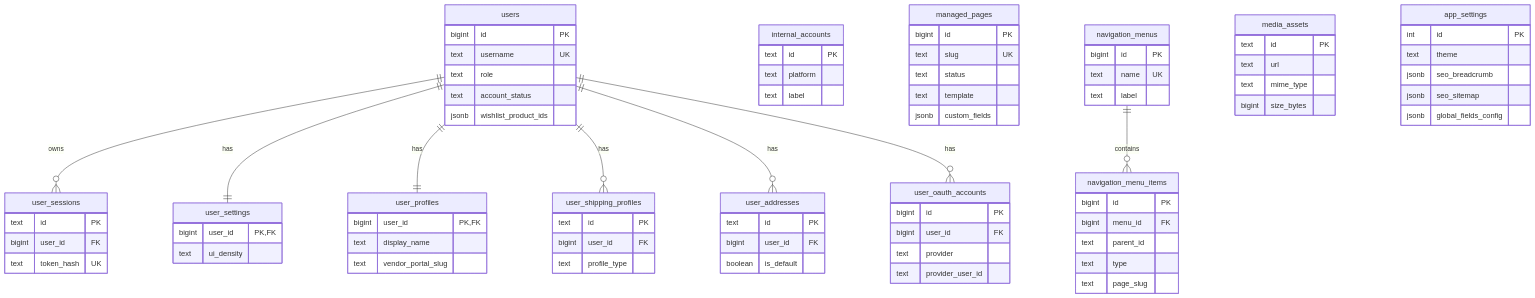
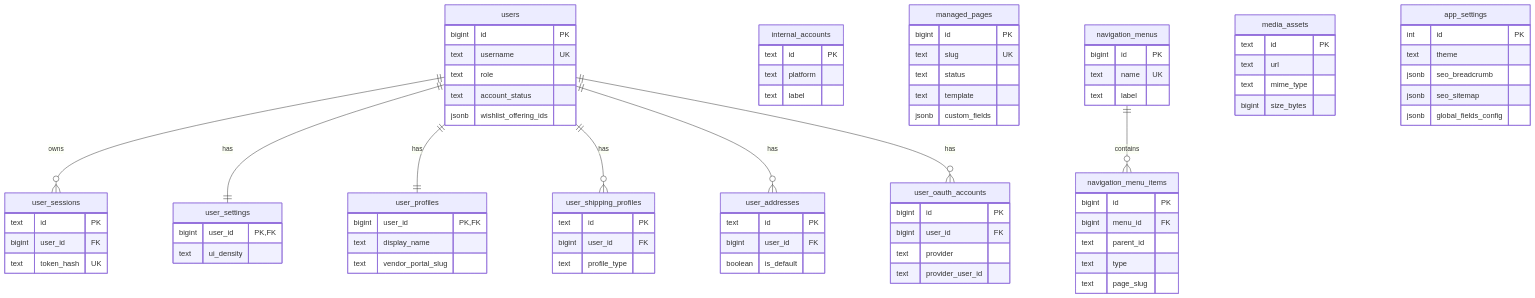
Before and after one commit to hoangpham2263/pinklove: the fifth of 8 diagrams in docs/schema.md, drawn with Mermaid. The commit also changed other lines of this file and 221 other files, not shown here.

```diff
--- a/docs/schema.md
+++ b/docs/schema.md
@@ -75,7 +360,7 @@
     text username UK
     text role
     text account_status
-    jsonb wishlist_product_ids
+    jsonb wishlist_offering_ids
   }
 
   user_sessions {
```
